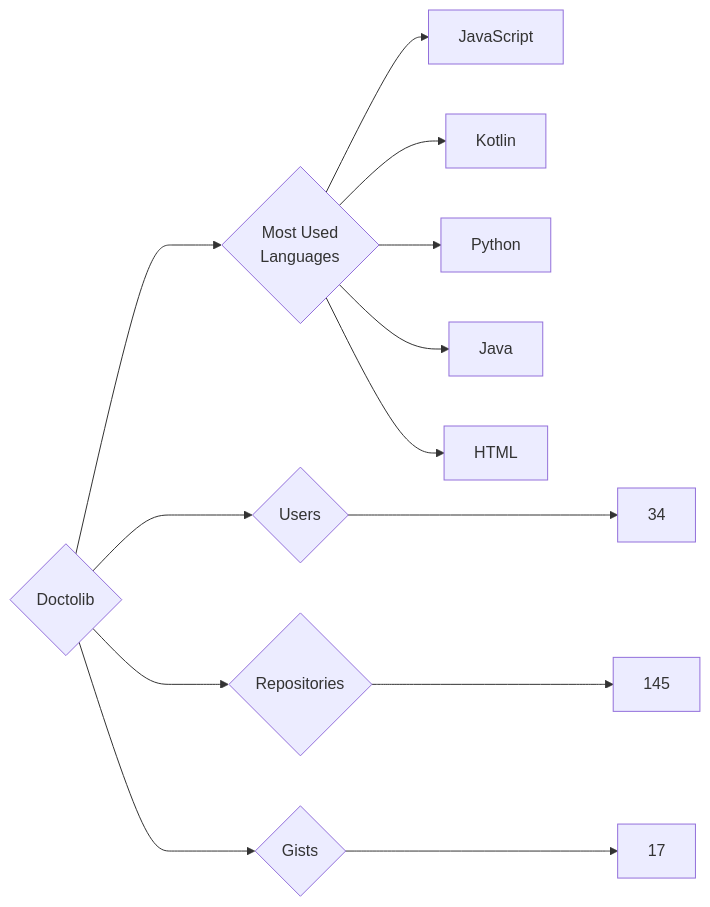
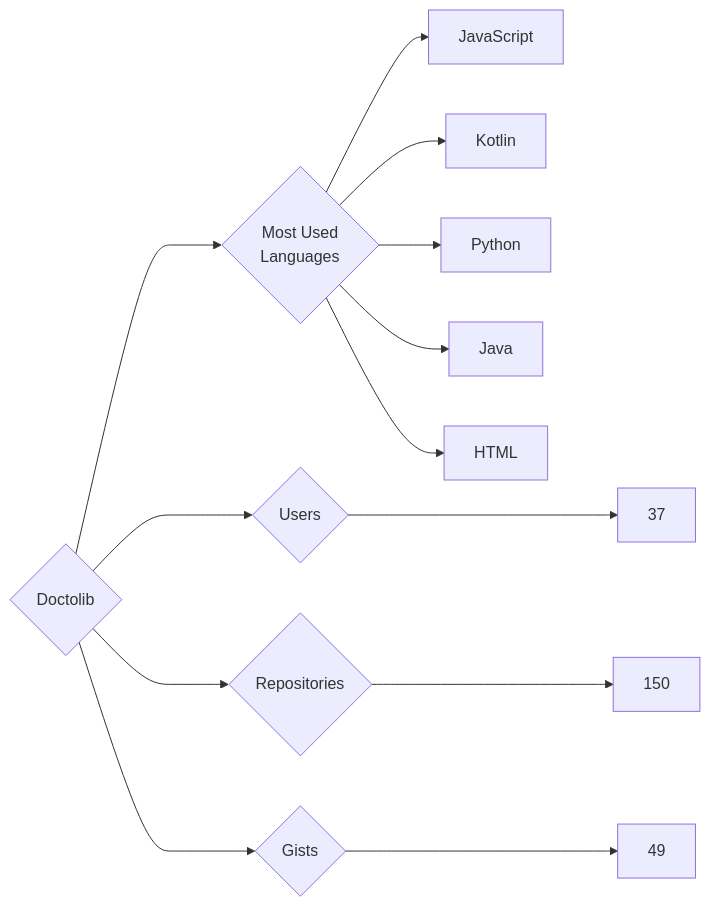
One commit to trickest/insiders changed the diagram in targets/Doctolib/README.md. Above: the diagram before and after it, drawn with Mermaid. The commit also changed 1003 other files, not shown here.

````diff
--- a/targets/Doctolib/README.md
+++ b/targets/Doctolib/README.md
@@ -3,13 +3,13 @@
 ```mermaid
 graph LR
 COMPANY_NAME{Doctolib}
-COMPANY_NAME ---> U{Users} ---> UN[34]
-COMPANY_NAME ---> R{Repositories} ---> RN[145]
-COMPANY_NAME ---> G{Gists} ---> GN[17]
+COMPANY_NAME ---> U{Users} ---> UN[37]
+COMPANY_NAME ---> R{Repositories} ---> RN[150]
+COMPANY_NAME ---> G{Gists} ---> GN[49]
 COMPANY_NAME ---> ML{Most Used<br>Languages}
 ML --> JavaScript[JavaScript]
 ML --> Kotlin[Kotlin]
 ML --> Python[Python]
 ML --> Java[Java]
 ML --> HTML[HTML]
 ```
````
